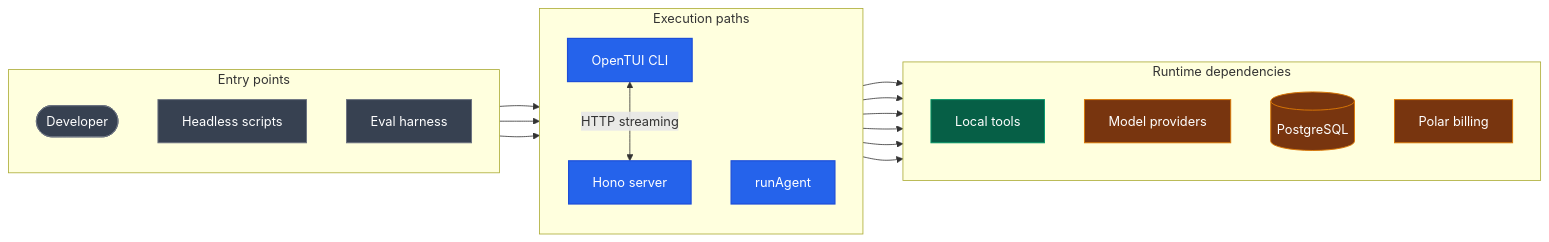
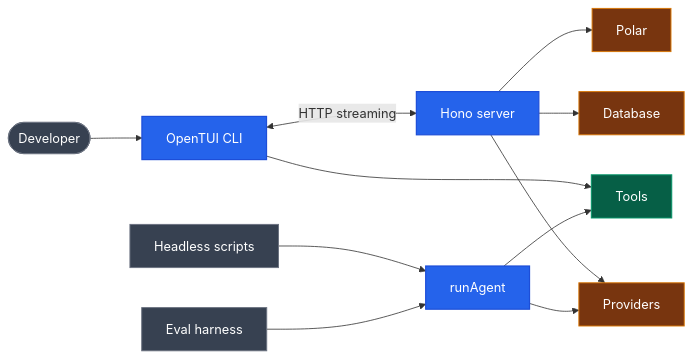
One commit to 101xAnshu/agent-snow changed the diagram in README.md. Above: the diagram before and after it, drawn with Mermaid.

Commit message:
fix(doc): clarify architecture

````diff
--- a/README.md
+++ b/README.md
@@ -33,43 +33,22 @@
 ```mermaid
 flowchart LR
-    subgraph Entry[Entry points]
-        direction TB
-        Developer([Developer])
-        Scripts[Headless scripts]
-        Harness[Eval harness]
-    end
-
-    subgraph Runtime[Execution paths]
-        direction TB
-        CLI[OpenTUI CLI] <-->|HTTP streaming| Server[Hono server]
-        Agent[runAgent]
-    end
-
-    subgraph Dependencies[Runtime dependencies]
-        direction TB
-        Tools[Local tools]
-        Providers[Model providers]
-        Database[(PostgreSQL)]
-        Polar[Polar billing]
-    end
-
-    Developer --> CLI
-    Scripts --> Agent
-    Harness --> Agent
-
+    Developer([Developer]) --> CLI[OpenTUI CLI]
+    CLI <-->|HTTP streaming| Server[Hono server]
+    Scripts[Headless scripts] --> Agent[runAgent]
+    Harness[Eval harness] --> Agent
     CLI --> Tools
     Agent --> Tools
     Server --> Providers
     Agent --> Providers
     Server --> Database
     Server --> Polar
 
     classDef product fill:#2563eb,color:#ffffff,stroke:#1d4ed8,stroke-width:1.5px;
     classDef runtime fill:#374151,color:#ffffff,stroke:#6b7280,stroke-width:1.2px;
     classDef local fill:#065f46,color:#ffffff,stroke:#059669,stroke-width:1.2px;
     classDef external fill:#78350f,color:#ffffff,stroke:#d97706,stroke-width:1.2px;
     class CLI,Server,Agent product;
     class Developer,Scripts,Harness runtime;
     class Tools local;
     class Providers,Database,Polar external;
 ```
````
